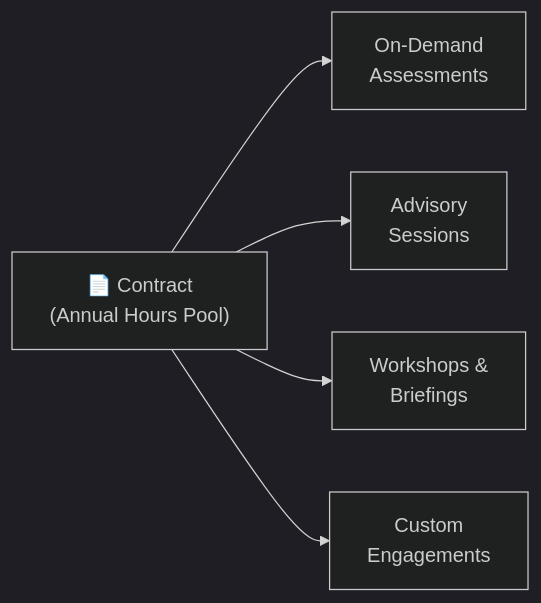
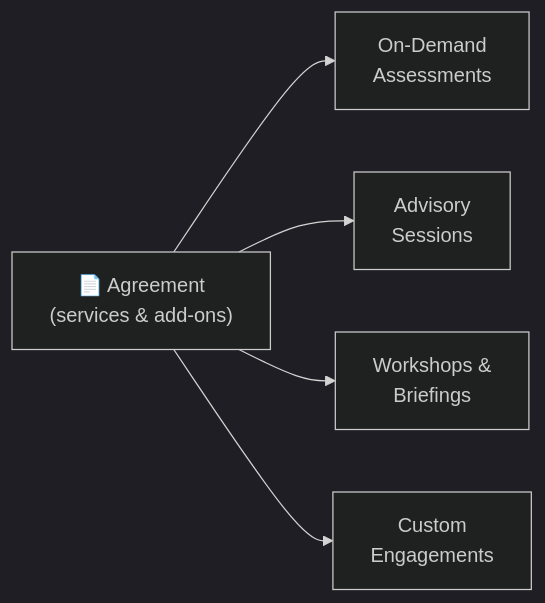
One commit to marcogrimaldi29/engage-center-notes changed the second of 2 diagrams in 03-unified-premier-contracts.md. Above: the diagram before and after it, drawn with Mermaid. The commit also changed other lines of this file and 3 other files, not shown here.

````diff
--- a/03-unified-premier-contracts.md
+++ b/03-unified-premier-contracts.md
@@ -97,14 +96,14 @@
 ```mermaid
 %%{init: {"theme":"dark"}}%%
 flowchart LR
-    CONTRACT["📄 Contract\n(Annual Hours Pool)"]
+    CONTRACT["📄 Agreement\n(services & add-ons)"]
     ODA["On-Demand\nAssessments"]
     ADV["Advisory\nSessions"]
     WORK["Workshops &\nBriefings"]
     CUSTOM["Custom\nEngagements"]
 
     CONTRACT --> ODA
     CONTRACT --> ADV
     CONTRACT --> WORK
     CONTRACT --> CUSTOM
 ```
````
